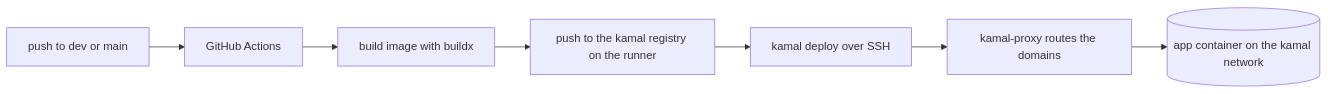
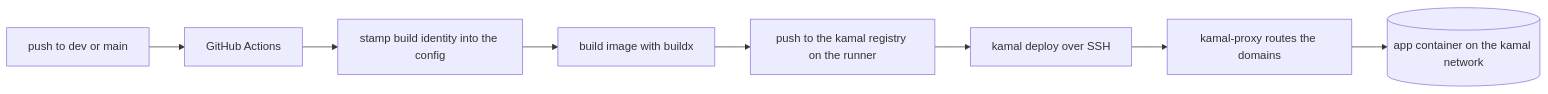
One commit to Piotr12/memorynote.io changed the diagram in docs/deployment.md. Above: the diagram before and after it, drawn with Mermaid. The commit also changed other lines of this file and 1 other file, not shown here.

First line of the commit message:
fix(deploy): fail fast when the build identity stamp is missing

````diff
--- a/docs/deployment.md
+++ b/docs/deployment.md
@@ -32,9 +33,10 @@
 ```mermaid
 flowchart LR
   A[push to dev or main] --> B[GitHub Actions]
-  B --> C[build image with buildx]
+  B --> S[stamp build identity into the config]
+  S --> C[build image with buildx]
   C --> D[push to the kamal registry on the runner]
   D --> E[kamal deploy over SSH]
   E --> F[kamal-proxy routes the domains]
   F --> G[(app container on the kamal network)]
 ```
````
